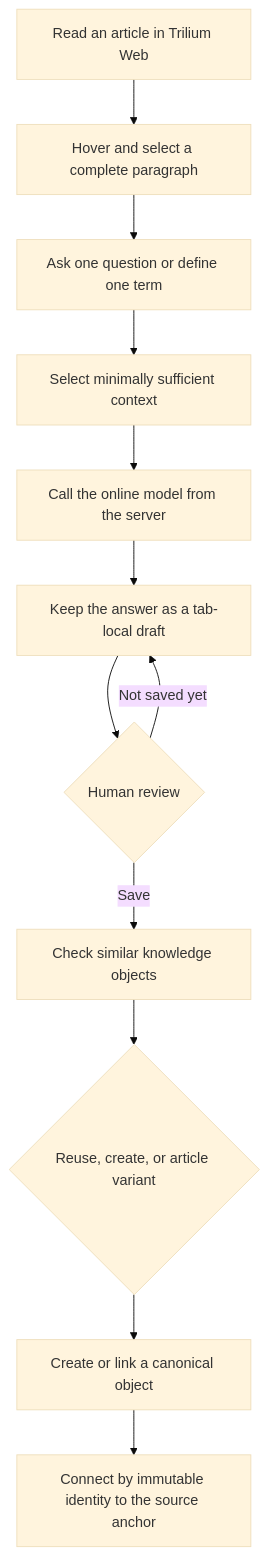
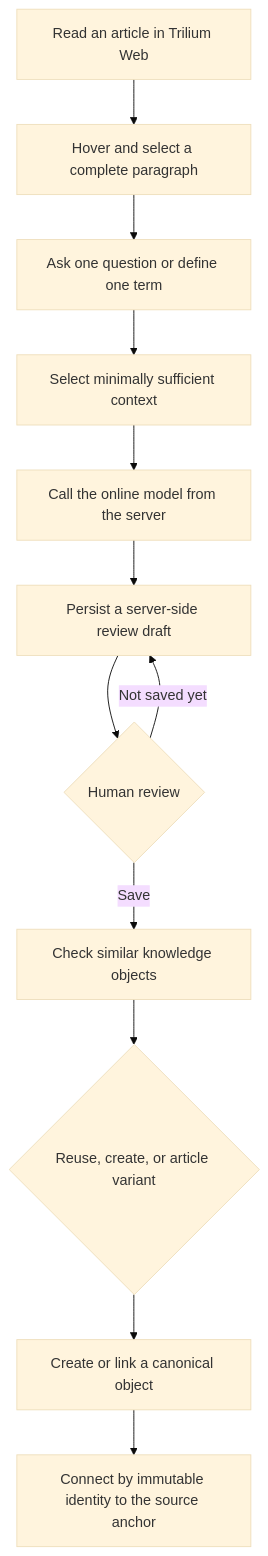
One commit to AIALRA-0/ReadWeave changed the first of 2 diagrams in README.en.md. Above: the diagram before and after it, drawn with Mermaid (base theme). The commit also changed other lines of this file and 3449 other files, not shown here.

````diff
--- a/README.en.md
+++ b/README.en.md
@@ -45,15 +45,15 @@
 ```mermaid
 %% User loop from deliberate paragraph selection to reviewed persistence
 flowchart TB
     Read[Read an article in Trilium Web] --> Select[Hover and select a complete paragraph]
     Select --> Ask[Ask one question or define one term]
     Ask --> Context[Select minimally sufficient context]
     Context --> Provider[Call the online model from the server]
-    Provider --> Draft[Keep the answer as a tab-local draft]
+    Provider --> Draft[Persist a server-side review draft]
     Draft --> Review{Human review}
     Review -->|Save| Candidate[Check similar knowledge objects]
     Candidate --> Choice{Reuse, create, or article variant}
     Choice --> Object[Create or link a canonical object]
     Object --> Anchor[Connect by immutable identity to the source anchor]
     Review -->|Not saved yet| Draft
 ```
````
